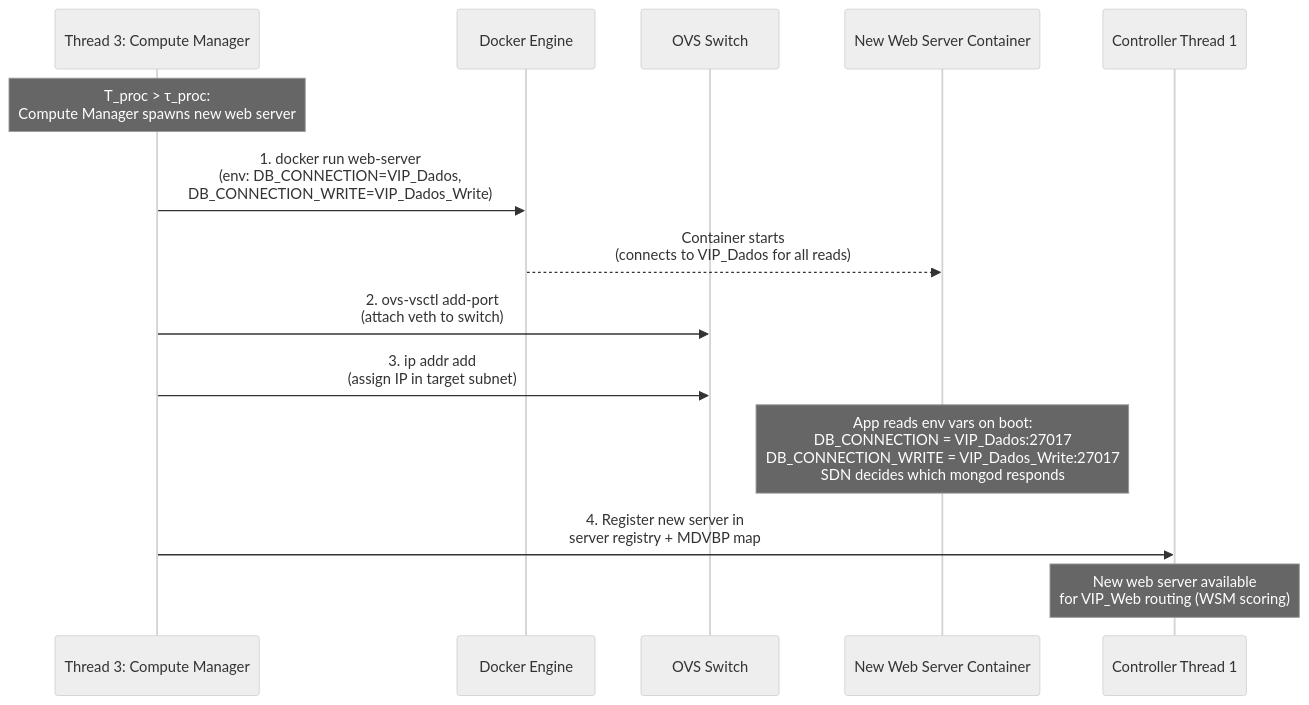
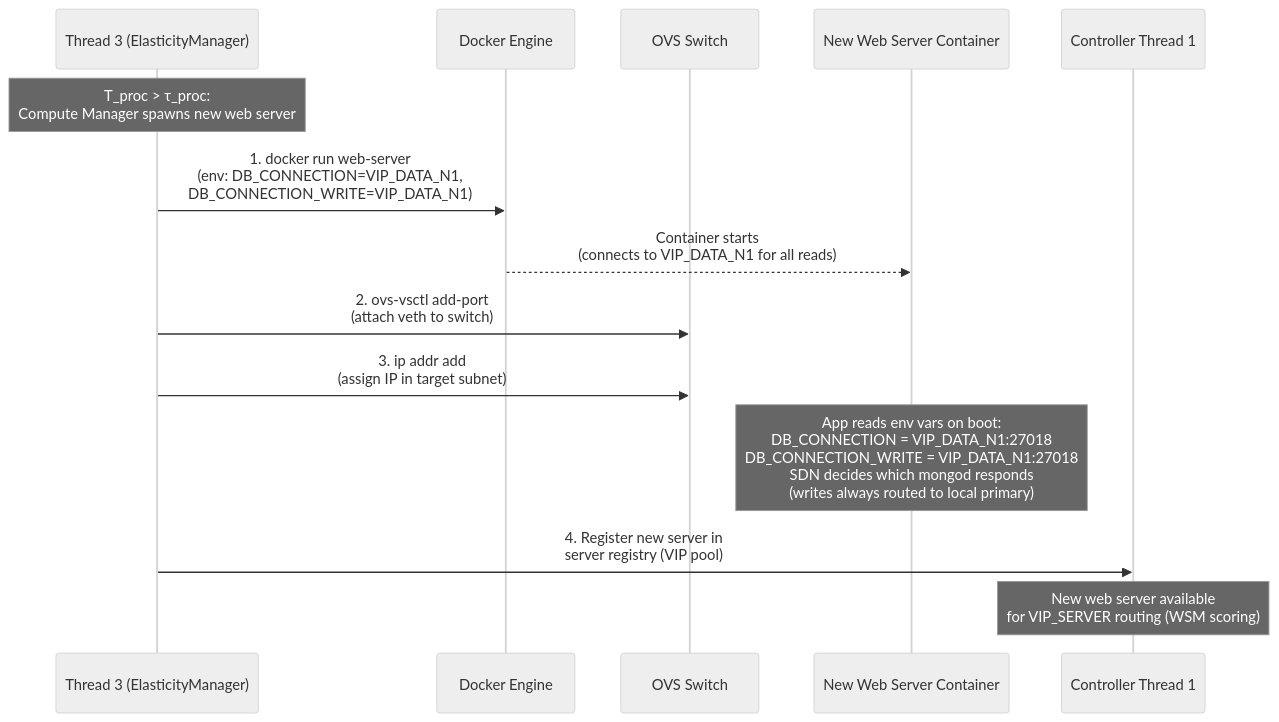
Before and after one commit to poioe20p/efficient-storage-in-edge-scenarios: diagram 11 of 21 in docs/operation/system_scenarios.md, drawn with Mermaid (neutral theme). The commit also changed other lines of this file and 28 other files, not shown here.

Commit message:
- setup testing workload - setup http request with connection to db (made some fixes) wrong port and etc - controller was able to vip route both client http to server and server mongodb to db

````diff
--- a/docs/operation/system_scenarios.md
+++ b/docs/operation/system_scenarios.md
@@ -280,18 +275,18 @@
 ```mermaid
 sequenceDiagram
-    participant T3 as Thread 3: Compute Manager
+    participant T3 as Thread 3 (ElasticityManager)
     participant Docker as Docker Engine
     participant OVS as OVS Switch
     participant Server as New Web Server Container
     participant T1 as Controller Thread 1
 
     Note over T3: T_proc > τ_proc:<br/>Compute Manager spawns new web server
 
-    T3->>Docker: 1. docker run web-server<br/>(env: DB_CONNECTION=VIP_Dados,<br/>       DB_CONNECTION_WRITE=VIP_Dados_Write)
-    Docker-->>Server: Container starts<br/>(connects to VIP_Dados for all reads)
+    T3->>Docker: 1. docker run web-server<br/>(env: DB_CONNECTION=VIP_DATA_N1,<br/>       DB_CONNECTION_WRITE=VIP_DATA_N1)
+    Docker-->>Server: Container starts<br/>(connects to VIP_DATA_N1 for all reads)
     T3->>OVS: 2. ovs-vsctl add-port<br/>(attach veth to switch)
     T3->>OVS: 3. ip addr add<br/>(assign IP in target subnet)
-    Note over Server: App reads env vars on boot:<br/>DB_CONNECTION = VIP_Dados:27017<br/>DB_CONNECTION_WRITE = VIP_Dados_Write:27017<br/>SDN decides which mongod responds
-    T3->>T1: 4. Register new server in<br/>server registry + MDVBP map
-    Note over T1: New web server available<br/>for VIP_Web routing (WSM scoring)
+    Note over Server: App reads env vars on boot:<br/>DB_CONNECTION = VIP_DATA_N1:27018<br/>DB_CONNECTION_WRITE = VIP_DATA_N1:27018<br/>SDN decides which mongod responds<br/>(writes always routed to local primary)
+    T3->>T1: 4. Register new server in<br/>server registry (VIP pool)
+    Note over T1: New web server available<br/>for VIP_SERVER routing (WSM scoring)
 ```
````
